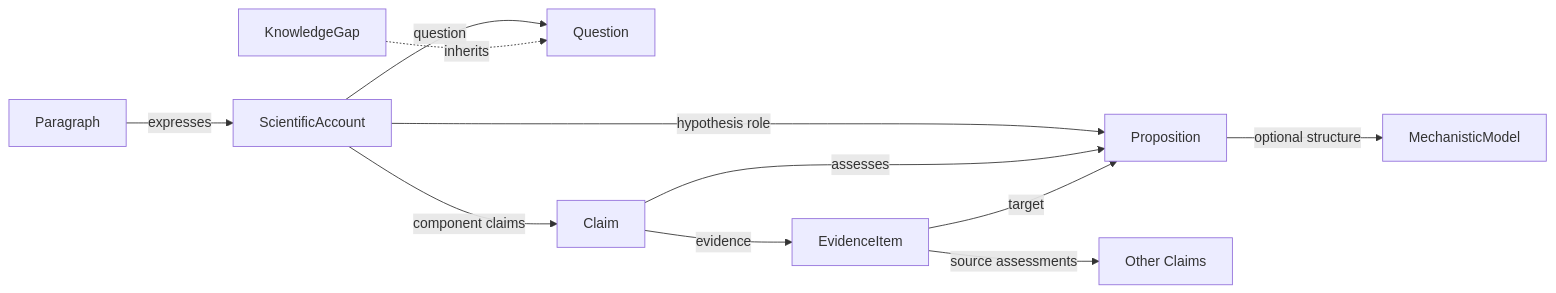
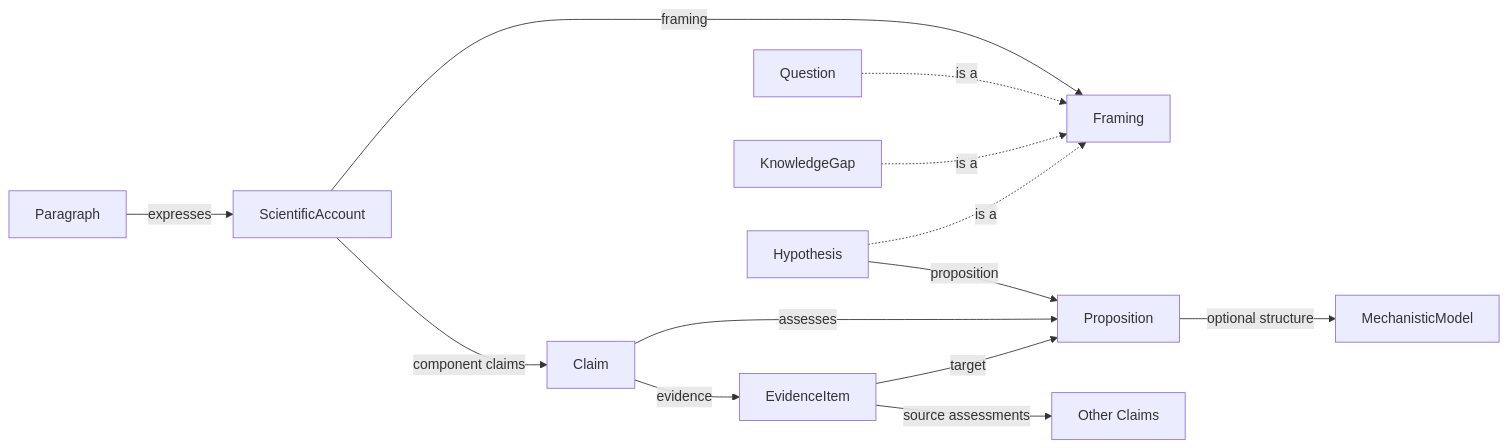
Before and after one commit to broadinstitute/dapper: the diagram in docs/guides/claims.md, drawn with Mermaid. The commit also changed other lines of this file and 16 other files, not shown here.

First line of the commit message:
Frame scientific accounts with Question, KnowledgeGap or Hypothesis

````diff
--- a/docs/guides/claims.md
+++ b/docs/guides/claims.md
@@ -25,13 +25,15 @@
 ```mermaid
 flowchart LR
-    A[ScientificAccount] -->|question| Q[Question]
-    K[KnowledgeGap] -. inherits .-> Q
-    A -->|hypothesis role| P[Proposition]
+    A[ScientificAccount] -->|framing| F[Framing]
+    Q[Question] -. is a .-> F
+    K[KnowledgeGap] -. is a .-> F
+    H[Hypothesis] -. is a .-> F
+    H -->|proposition| P[Proposition]
     A -->|component claims| C[Claim]
     C -->|assesses| P
     C -->|evidence| E[EvidenceItem]
     E -->|source assessments| S[Other Claims]
     E -->|target| P
     P -->|optional structure| M[MechanisticModel]
     T[Paragraph] -->|expresses| A
 ```
````
